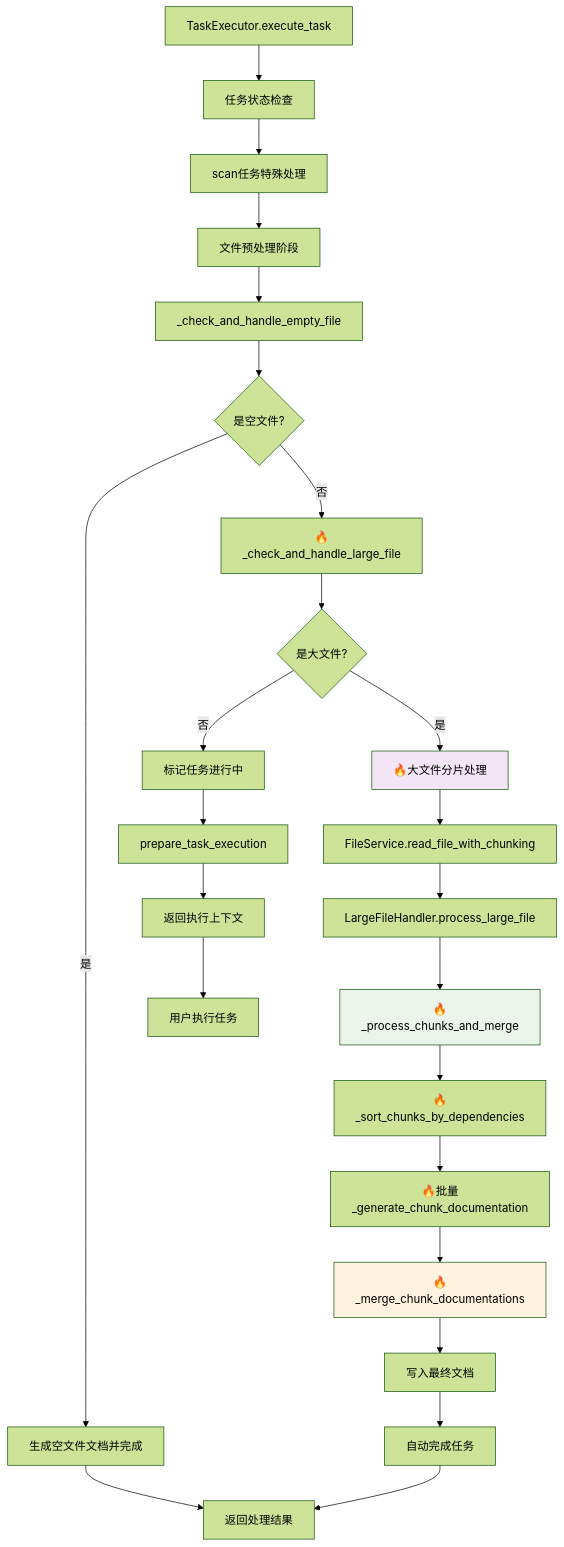
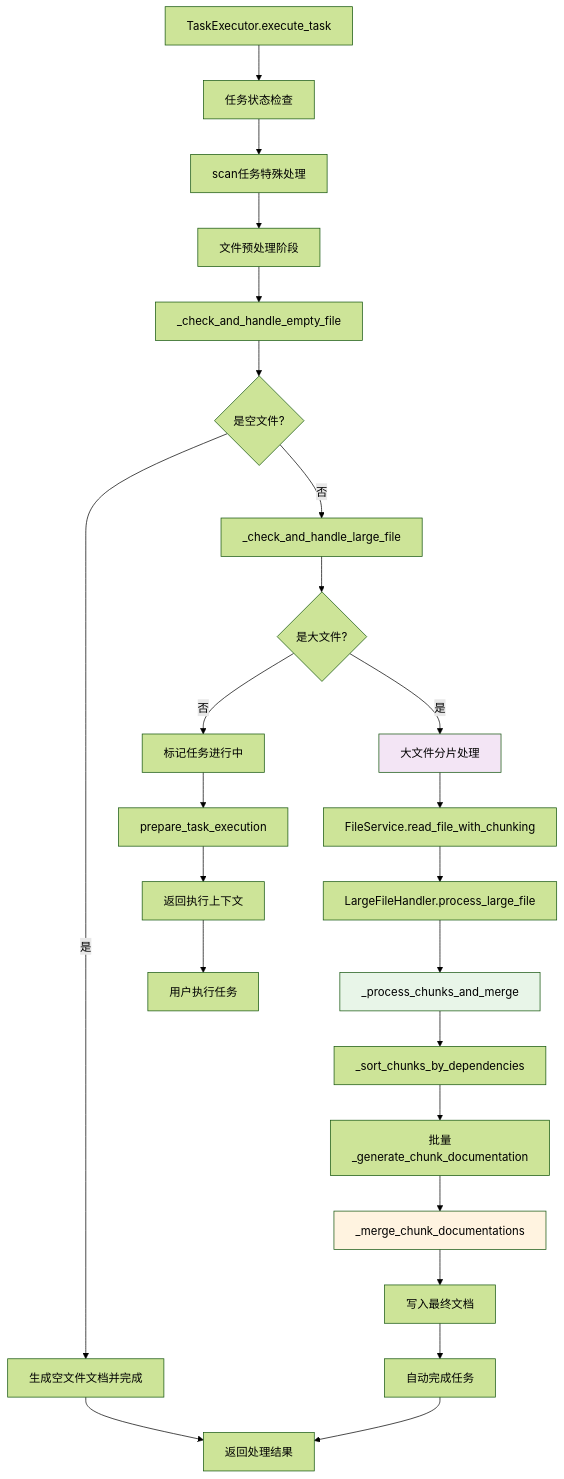
One commit to MGX-LJY/CodeLens changed the third of 3 diagrams in docs/files/summaries/src/mcp_tools/task_execute.py.md. Above: the diagram before and after it, drawn with Mermaid (forest theme). The commit also changed other lines of this file and 10 other files, not shown here.

````diff
--- a/docs/files/summaries/src/mcp_tools/task_execute.py.md
+++ b/docs/files/summaries/src/mcp_tools/task_execute.py.md
@@ -315,36 +321,36 @@
 ```mermaid
 graph TD
     A[TaskExecutor.execute_task] --> B[任务状态检查]
     B --> C[scan任务特殊处理]
     C --> D[文件预处理阶段]
     
     D --> E[_check_and_handle_empty_file]
     E --> F{是空文件?}
     F -->|是| G[生成空文件文档并完成]
-    F -->|否| H[🔥_check_and_handle_large_file]
+    F -->|否| H[_check_and_handle_large_file]
     
     H --> I{是大文件?}
     I -->|否| J[标记任务进行中]
-    I -->|是| K[🔥大文件分片处理]
+    I -->|是| K[大文件分片处理]
     
     K --> L[FileService.read_file_with_chunking]
     L --> M[LargeFileHandler.process_large_file]
-    M --> N[🔥_process_chunks_and_merge]
+    M --> N[_process_chunks_and_merge]
     
-    N --> O[🔥_sort_chunks_by_dependencies]
-    O --> P[🔥批量_generate_chunk_documentation]
-    P --> Q[🔥_merge_chunk_documentations]
+    N --> O[_sort_chunks_by_dependencies]
+    O --> P[批量_generate_chunk_documentation]
+    P --> Q[_merge_chunk_documentations]
     Q --> R[写入最终文档]
     R --> S[自动完成任务]
     
     J --> T[prepare_task_execution]
     T --> U[返回执行上下文]
     
     G --> V[返回处理结果]
     S --> V
     U --> W[用户执行任务]
     
     style K fill:#f3e5f5
     style N fill:#e8f5e8
     style Q fill:#fff3e0
 ```
````
